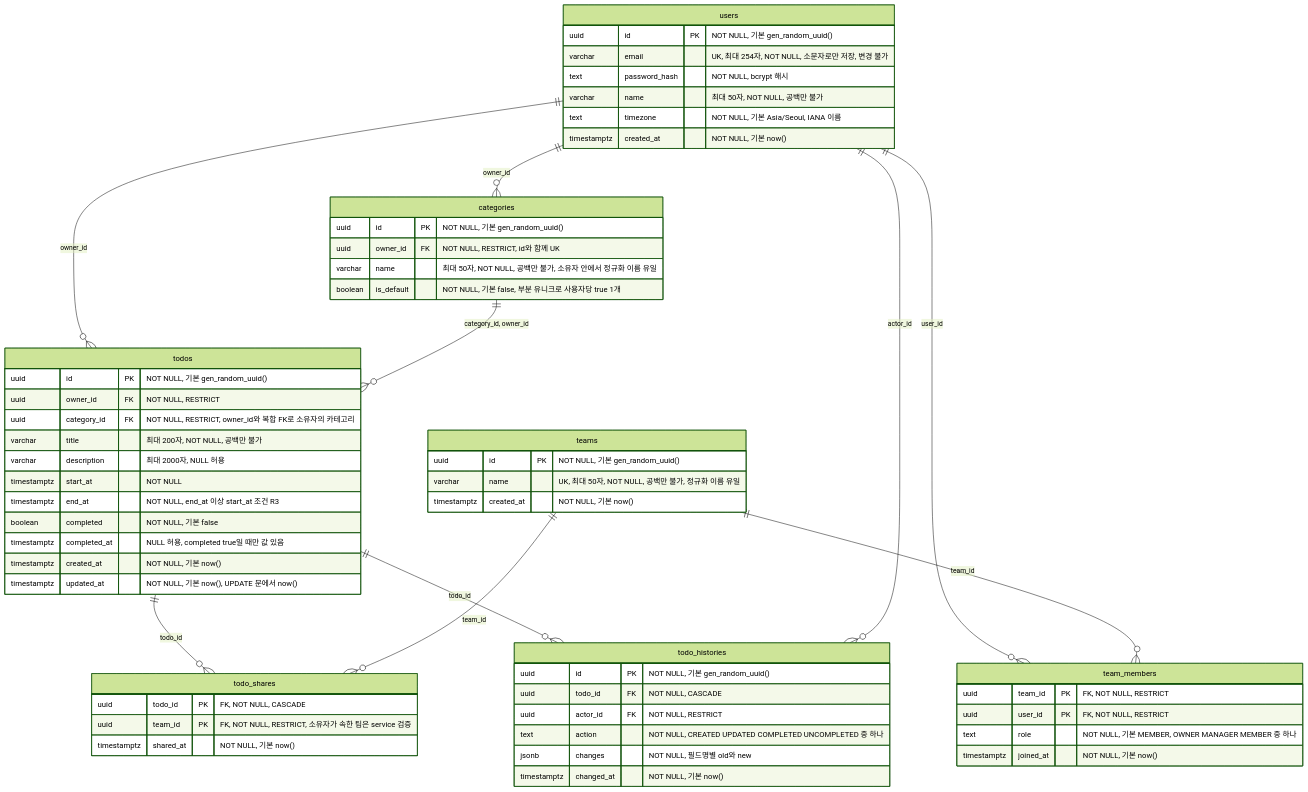
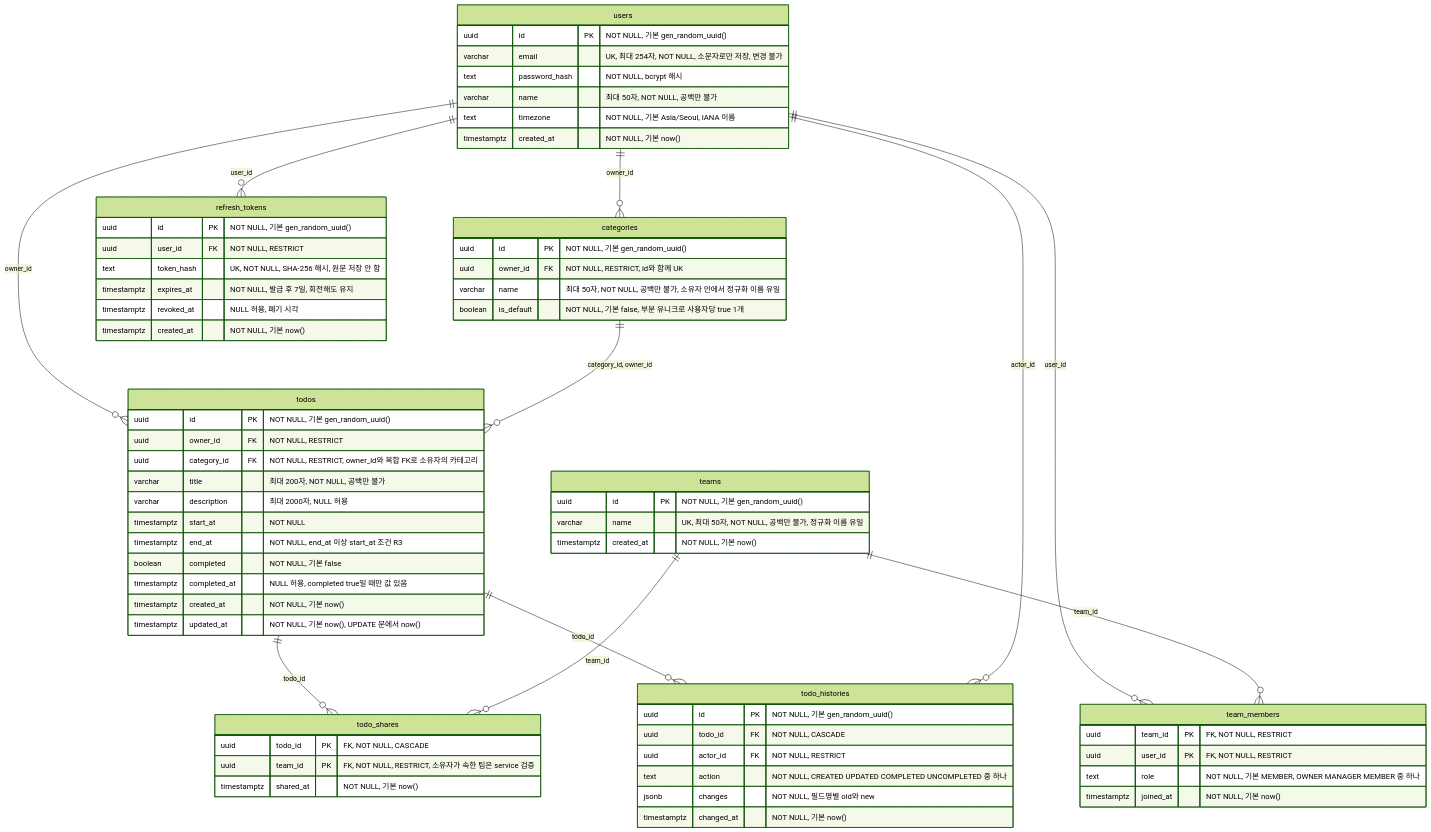
Before and after one commit to hjining-o/todolist-app: the diagram in docs/7-erd.md, drawn with Mermaid (forest theme). The commit also changed other lines of this file and 5 other files, not shown here.

````diff
--- a/docs/7-erd.md
+++ b/docs/7-erd.md
@@ -36,64 +37,73 @@
 ```mermaid
 erDiagram
     users ||--o{ categories : "owner_id"
     users ||--o{ todos : "owner_id"
     users ||--o{ team_members : "user_id"
     teams ||--o{ team_members : "team_id"
     categories ||--o{ todos : "category_id, owner_id"
     todos ||--o{ todo_shares : "todo_id"
     teams ||--o{ todo_shares : "team_id"
     todos ||--o{ todo_histories : "todo_id"
     users ||--o{ todo_histories : "actor_id"
+    users ||--o{ refresh_tokens : "user_id"
 
     users {
         uuid id PK "NOT NULL, 기본 gen_random_uuid()"
         varchar email "UK, 최대 254자, NOT NULL, 소문자로만 저장, 변경 불가"
         text password_hash "NOT NULL, bcrypt 해시"
         varchar name "최대 50자, NOT NULL, 공백만 불가"
         text timezone "NOT NULL, 기본 Asia/Seoul, IANA 이름"
         timestamptz created_at "NOT NULL, 기본 now()"
     }
     teams {
         uuid id PK "NOT NULL, 기본 gen_random_uuid()"
         varchar name "UK, 최대 50자, NOT NULL, 공백만 불가, 정규화 이름 유일"
         timestamptz created_at "NOT NULL, 기본 now()"
     }
     team_members {
         uuid team_id PK "FK, NOT NULL, RESTRICT"
         uuid user_id PK "FK, NOT NULL, RESTRICT"
         text role "NOT NULL, 기본 MEMBER, OWNER MANAGER MEMBER 중 하나"
         timestamptz joined_at "NOT NULL, 기본 now()"
     }
     categories {
         uuid id PK "NOT NULL, 기본 gen_random_uuid()"
         uuid owner_id FK "NOT NULL, RESTRICT, id와 함께 UK"
         varchar name "최대 50자, NOT NULL, 공백만 불가, 소유자 안에서 정규화 이름 유일"
         boolean is_default "NOT NULL, 기본 false, 부분 유니크로 사용자당 true 1개"
     }
     todos {
         uuid id PK "NOT NULL, 기본 gen_random_uuid()"
         uuid owner_id FK "NOT NULL, RESTRICT"
         uuid category_id FK "NOT NULL, RESTRICT, owner_id와 복합 FK로 소유자의 카테고리"
         varchar title "최대 200자, NOT NULL, 공백만 불가"
         varchar description "최대 2000자, NULL 허용"
         timestamptz start_at "NOT NULL"
         timestamptz end_at "NOT NULL, end_at 이상 start_at 조건 R3"
         boolean completed "NOT NULL, 기본 false"
         timestamptz completed_at "NULL 허용, completed true일 때만 값 있음"
         timestamptz created_at "NOT NULL, 기본 now()"
         timestamptz updated_at "NOT NULL, 기본 now(), UPDATE 문에서 now()"
     }
     todo_shares {
         uuid todo_id PK "FK, NOT NULL, CASCADE"
         uuid team_id PK "FK, NOT NULL, RESTRICT, 소유자가 속한 팀은 service 검증"
         timestamptz shared_at "NOT NULL, 기본 now()"
     }
     todo_histories {
         uuid id PK "NOT NULL, 기본 gen_random_uuid()"
         uuid todo_id FK "NOT NULL, CASCADE"
         uuid actor_id FK "NOT NULL, RESTRICT"
         text action "NOT NULL, CREATED UPDATED COMPLETED UNCOMPLETED 중 하나"
         jsonb changes "NOT NULL, 필드명별 old와 new"
         timestamptz changed_at "NOT NULL, 기본 now()"
     }
+    refresh_tokens {
+        uuid id PK "NOT NULL, 기본 gen_random_uuid()"
+        uuid user_id FK "NOT NULL, RESTRICT"
+        text token_hash "UK, NOT NULL, SHA-256 해시, 원문 저장 안 함"
+        timestamptz expires_at "NOT NULL, 발급 후 7일, 회전해도 유지"
+        timestamptz revoked_at "NULL 허용, 폐기 시각"
+        timestamptz created_at "NOT NULL, 기본 now()"
+    }
 ```
````
